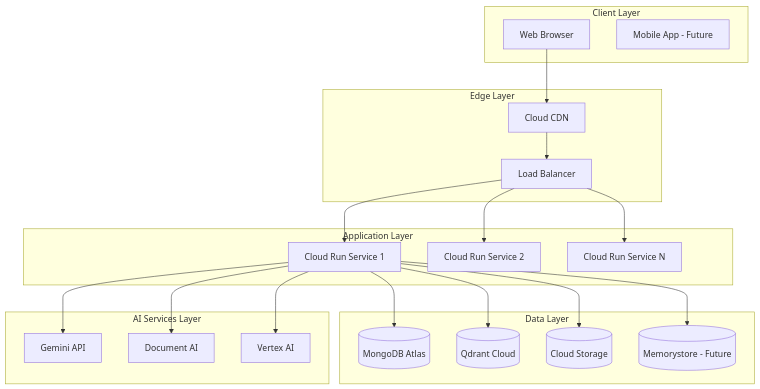
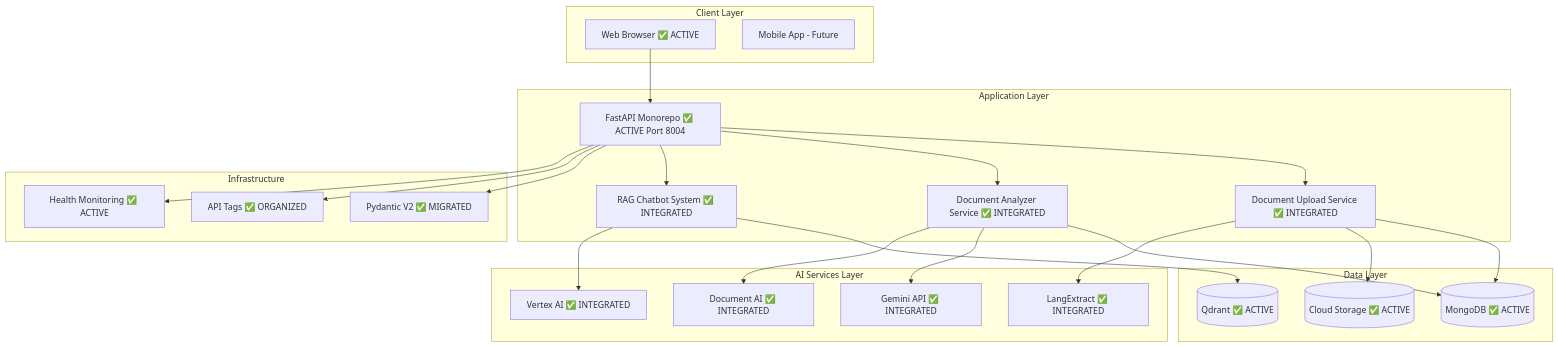
Before and after one commit to LegalClarity/VectorDB: the fifth of 7 diagrams in Memory Bank/@architecture.md, drawn with Mermaid. The commit also changed other lines of this file and 6 other files, not shown here.

````diff
--- a/Memory Bank/@architecture.md
+++ b/Memory Bank/@architecture.md
@@ -375,46 +384,52 @@
 ```mermaid
 graph TD
     subgraph "Client Layer"
-        WEB[Web Browser]
+        WEB[Web Browser ✅ ACTIVE]
         MOBILE[Mobile App - Future]
     end
 
-    subgraph "Edge Layer"
-        CDN[Cloud CDN]
-        LB[Load Balancer]
-    end
-
     subgraph "Application Layer"
-        GCR1[Cloud Run Service 1]
-        GCR2[Cloud Run Service 2]
-        GCR3[Cloud Run Service N]
+        MAIN[FastAPI Monorepo ✅ ACTIVE Port 8004]
+        DOC_UPLOAD[Document Upload Service ✅ INTEGRATED]
+        DOC_ANALYZER[Document Analyzer Service ✅ INTEGRATED]
+        RAG_SYSTEM[RAG Chatbot System ✅ INTEGRATED]
     end
 
     subgraph "Data Layer"
-        MONGODB[(MongoDB Atlas)]
-        QDRANT[(Qdrant Cloud)]
-        GCS[(Cloud Storage)]
-        REDIS[(Memorystore - Future)]
+        MONGODB[(MongoDB ✅ ACTIVE)]
+        QDRANT[(Qdrant ✅ ACTIVE)]
+        GCS[(Cloud Storage ✅ ACTIVE)]
     end
 
     subgraph "AI Services Layer"
-        GEMINI[Gemini API]
-        DOCAI[Document AI]
-        VERTEX[Vertex AI]
+        GEMINI[Gemini API ✅ INTEGRATED]
+        LANGEXTRACT[LangExtract ✅ INTEGRATED]
+        DOCAI[Document AI ✅ INTEGRATED]
+        VERTEX[Vertex AI ✅ INTEGRATED]
     end
 
-    WEB --> CDN
-    CDN --> LB
-    LB --> GCR1
-    LB --> GCR2
-    LB --> GCR3
+    subgraph "Infrastructure"
+        PYDANTIC_V2[Pydantic V2 ✅ MIGRATED]
+        TAGS[API Tags ✅ ORGANIZED]
+        HEALTH[Health Monitoring ✅ ACTIVE]
+    end
 
-    GCR1 --> MONGODB
-    GCR1 --> QDRANT
-    GCR1 --> GCS
-    GCR1 --> REDIS
+    WEB --> MAIN
+    MAIN --> DOC_UPLOAD
+    MAIN --> DOC_ANALYZER
+    MAIN --> RAG_SYSTEM
 
-    GCR1 --> GEMINI
-    GCR1 --> DOCAI
-    GCR1 --> VERTEX
+    DOC_UPLOAD --> MONGODB
+    DOC_UPLOAD --> GCS
+    DOC_ANALYZER --> MONGODB
+    RAG_SYSTEM --> QDRANT
+
+    DOC_UPLOAD --> LANGEXTRACT
+    DOC_ANALYZER --> GEMINI
+    DOC_ANALYZER --> DOCAI
+    RAG_SYSTEM --> VERTEX
+
+    MAIN --> PYDANTIC_V2
+    MAIN --> TAGS
+    MAIN --> HEALTH
 ```
````
